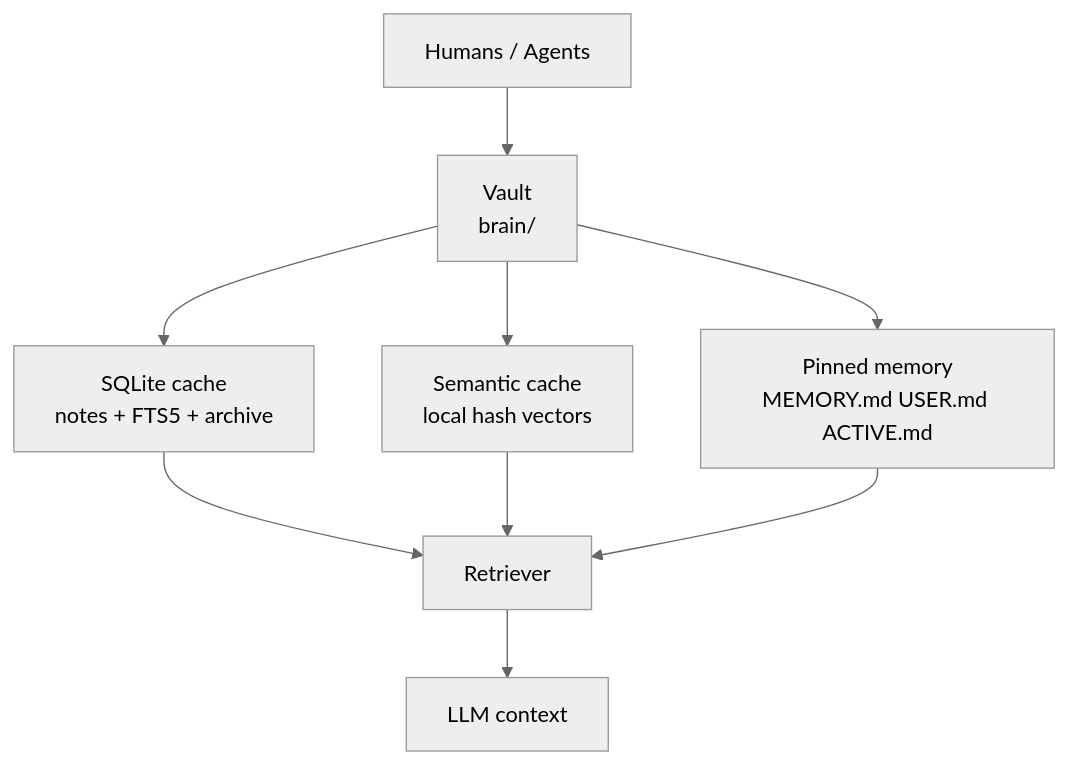
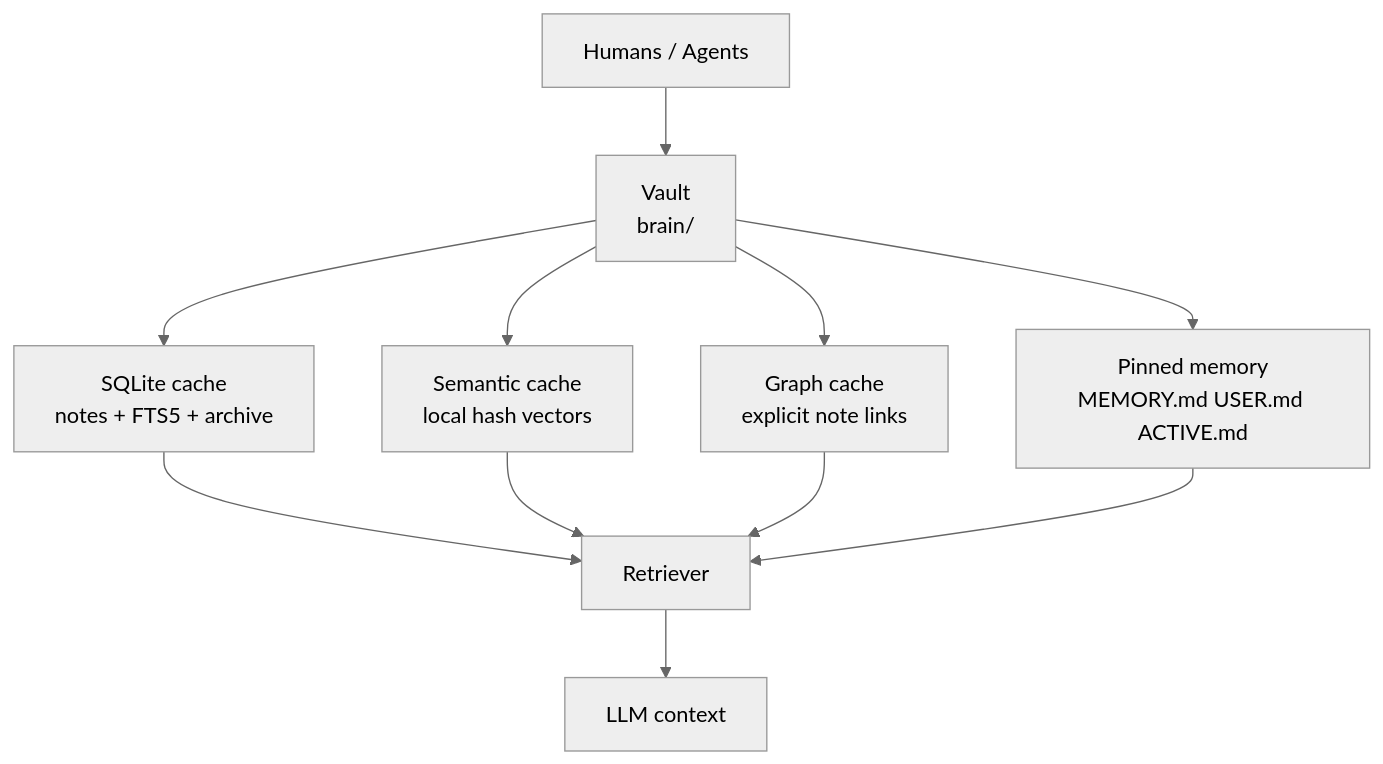
The first of 8 diagrams in README.md (Jianyu010/MnemonicOS), drawn with Mermaid (neutral theme) before and after one commit. The commit also changed other lines of this file and 13 other files, not shown here.

Commit message:
feat: add phase 3 graph retrieval

````diff
--- a/README.md
+++ b/README.md
@@ -9,11 +9,13 @@
 ```mermaid
 flowchart TD
     A["Humans / Agents"] --> B["Vault<br/>brain/"]
     B --> C["SQLite cache<br/>notes + FTS5 + archive"]
     B --> D["Semantic cache<br/>local hash vectors"]
+    B --> H["Graph cache<br/>explicit note links"]
     C --> E["Retriever"]
     D --> E
+    H --> E
     B --> F["Pinned memory<br/>MEMORY.md USER.md ACTIVE.md"]
     F --> E
     E --> G["LLM context"]
 ```
````
